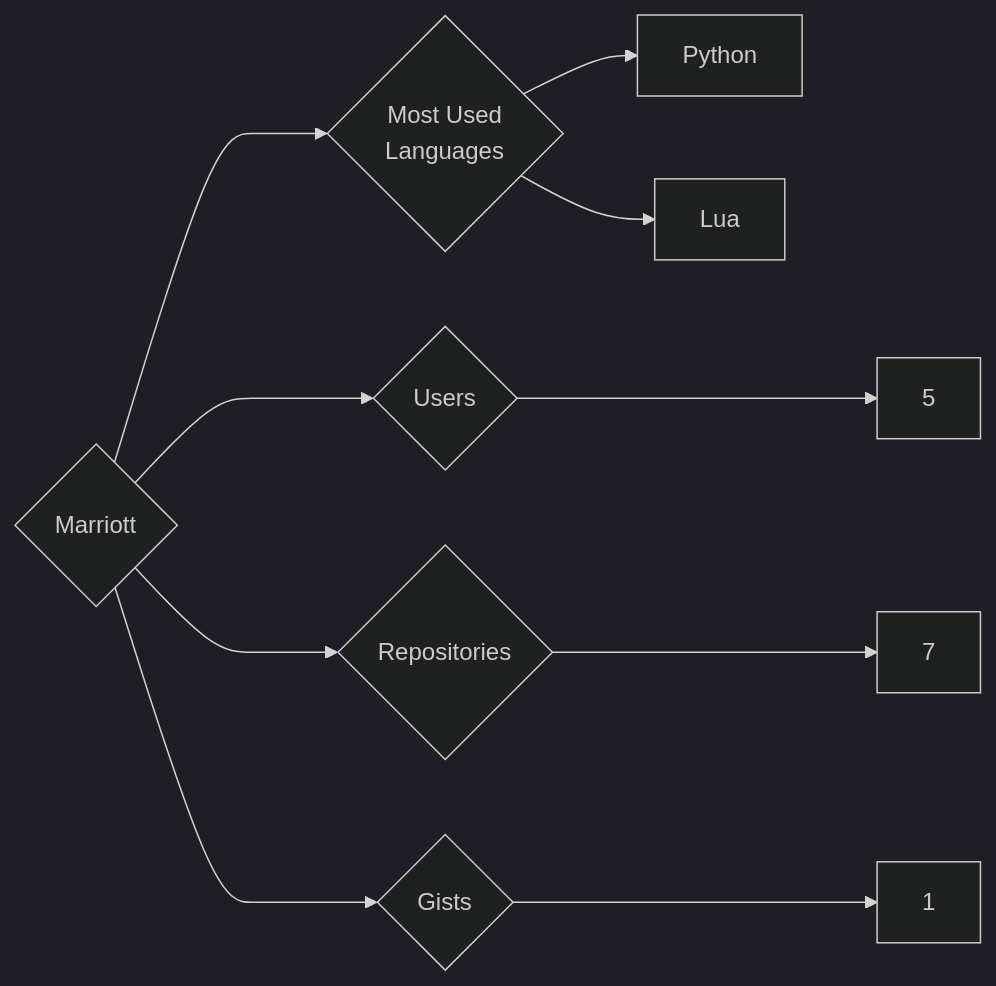
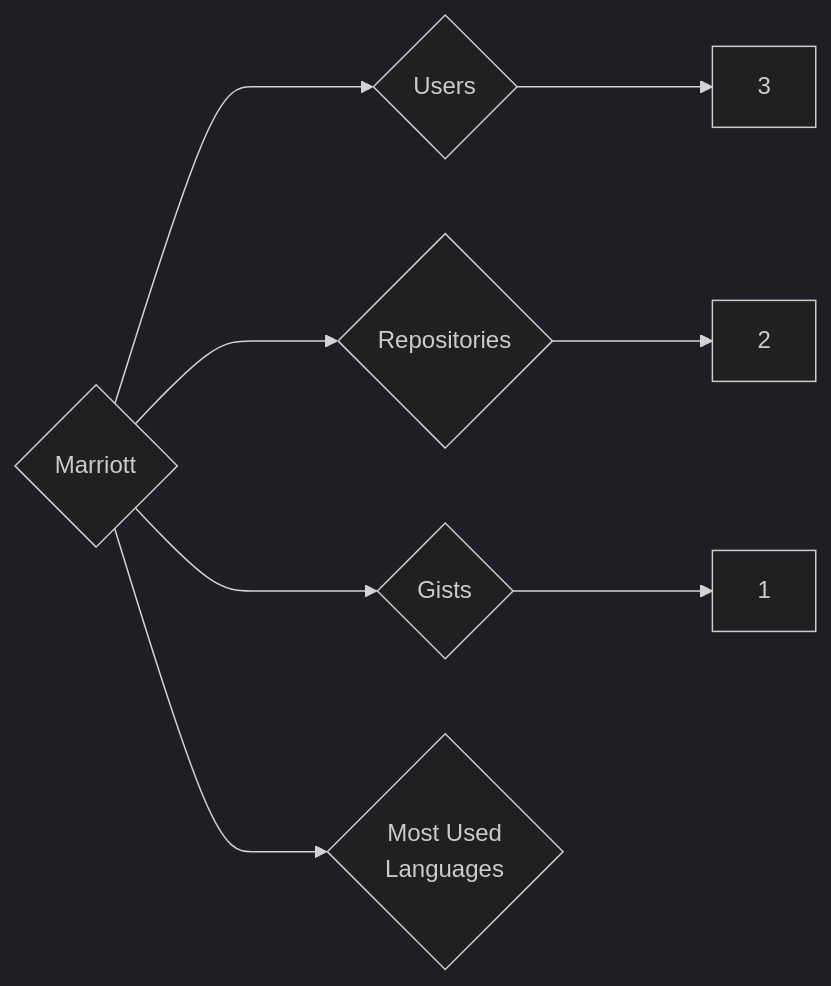
One commit to trickest/insiders changed the diagram in targets/Marriott/README.md. Above: the diagram before and after it, drawn with Mermaid (dark theme). The commit also changed 1248 other files, not shown here.

````diff
--- a/targets/Marriott/README.md
+++ b/targets/Marriott/README.md
@@ -3,10 +3,8 @@
 ```mermaid
 graph LR
 COMPANY_NAME{Marriott}
-COMPANY_NAME ---> U{Users} ---> UN[5]
-COMPANY_NAME ---> R{Repositories} ---> RN[7]
+COMPANY_NAME ---> U{Users} ---> UN[3]
+COMPANY_NAME ---> R{Repositories} ---> RN[2]
 COMPANY_NAME ---> G{Gists} ---> GN[1]
 COMPANY_NAME ---> ML{Most Used<br>Languages}
-ML --> Python[Python]
-ML --> Lua[Lua]
 ```
````
